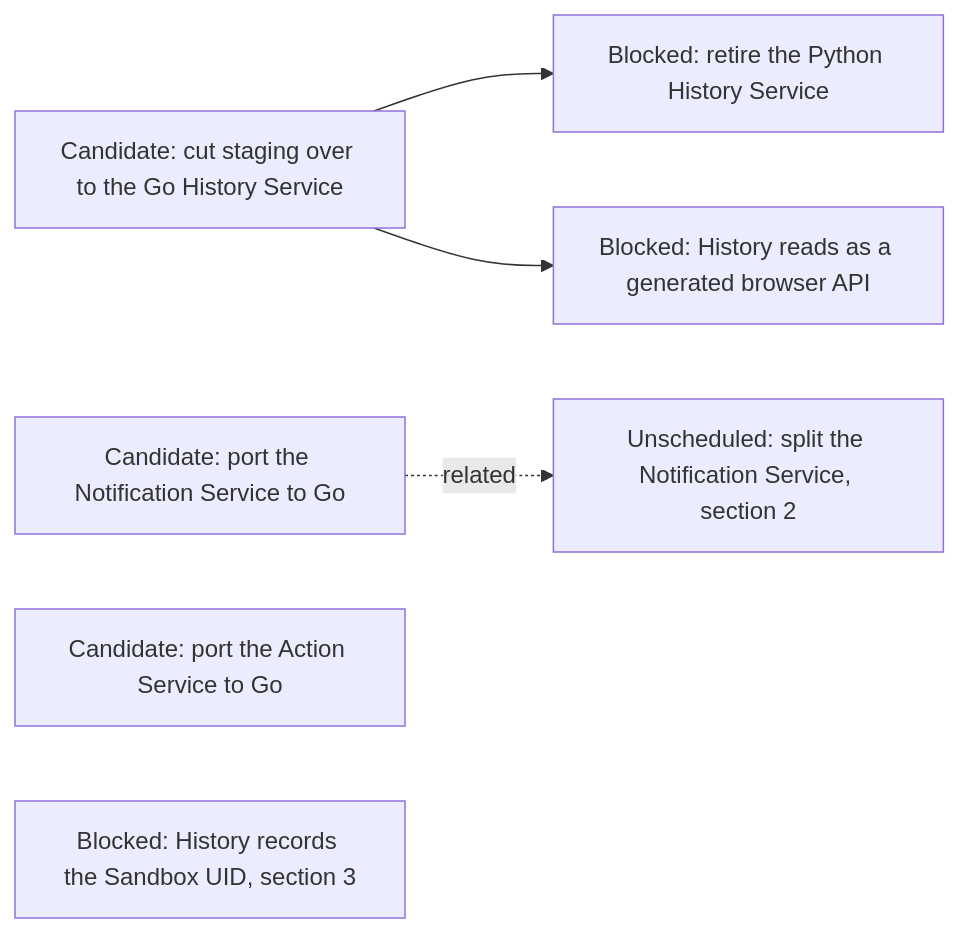
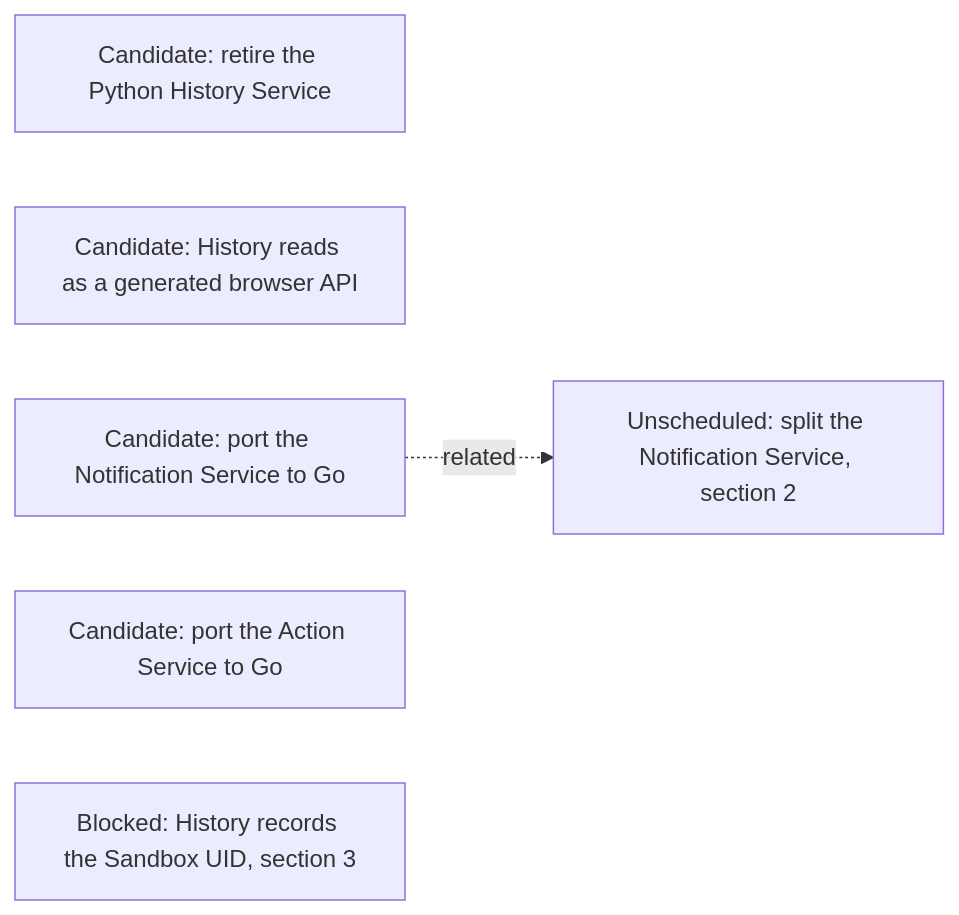
One commit to agentydragon-agent/ducktape changed diagram 17 of 17 in agentplane/plans/task_dag.md. Above: the diagram before and after it, drawn with Mermaid. The commit also changed other lines of this file, not shown here.

First line of the commit message:
agentplane: remove the finished History staging cutover from the DAG (#11282)

````diff
--- a/agentplane/plans/task_dag.md
+++ b/agentplane/plans/task_dag.md
@@ -1926,13 +1926,10 @@
 ```mermaid
 flowchart LR
-    HISTORY_GO_STAGING_CUTOVER[Candidate: cut staging over to the Go History Service]
-    HISTORY_PYTHON_RETIREMENT[Blocked: retire the Python History Service]
-    HISTORY_READS_FACADE[Blocked: History reads as a generated browser API]
+    HISTORY_PYTHON_RETIREMENT[Candidate: retire the Python History Service]
+    HISTORY_READS_FACADE[Candidate: History reads as a generated browser API]
     NOTIFICATION_SERVICE_GO_PORT[Candidate: port the Notification Service to Go]
     ACTION_SERVICE_GO_PORT[Candidate: port the Action Service to Go]
     NOTIFICATION_SERVICE_SPLIT[Unscheduled: split the Notification Service, section 2]
     HISTORY_SANDBOX_UID[Blocked: History records the Sandbox UID, section 3]
-    HISTORY_GO_STAGING_CUTOVER --> HISTORY_PYTHON_RETIREMENT
-    HISTORY_GO_STAGING_CUTOVER --> HISTORY_READS_FACADE
     NOTIFICATION_SERVICE_GO_PORT -. related .-> NOTIFICATION_SERVICE_SPLIT
 ```
````
